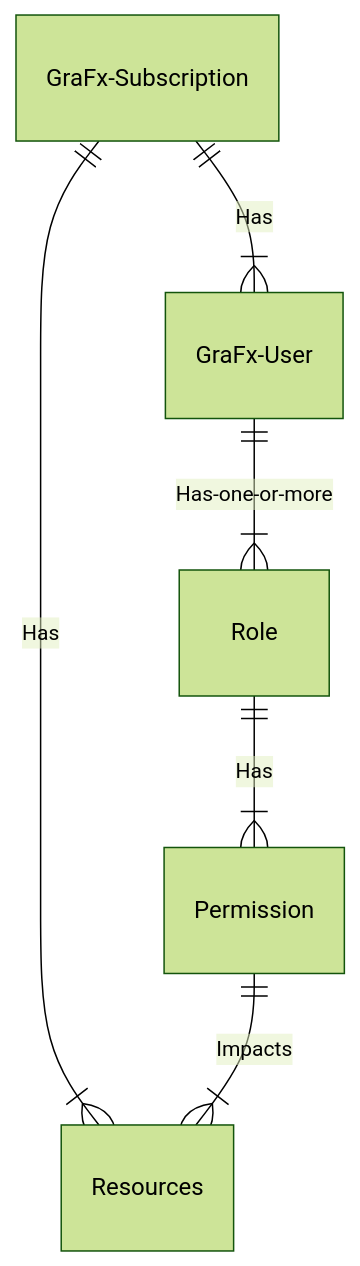
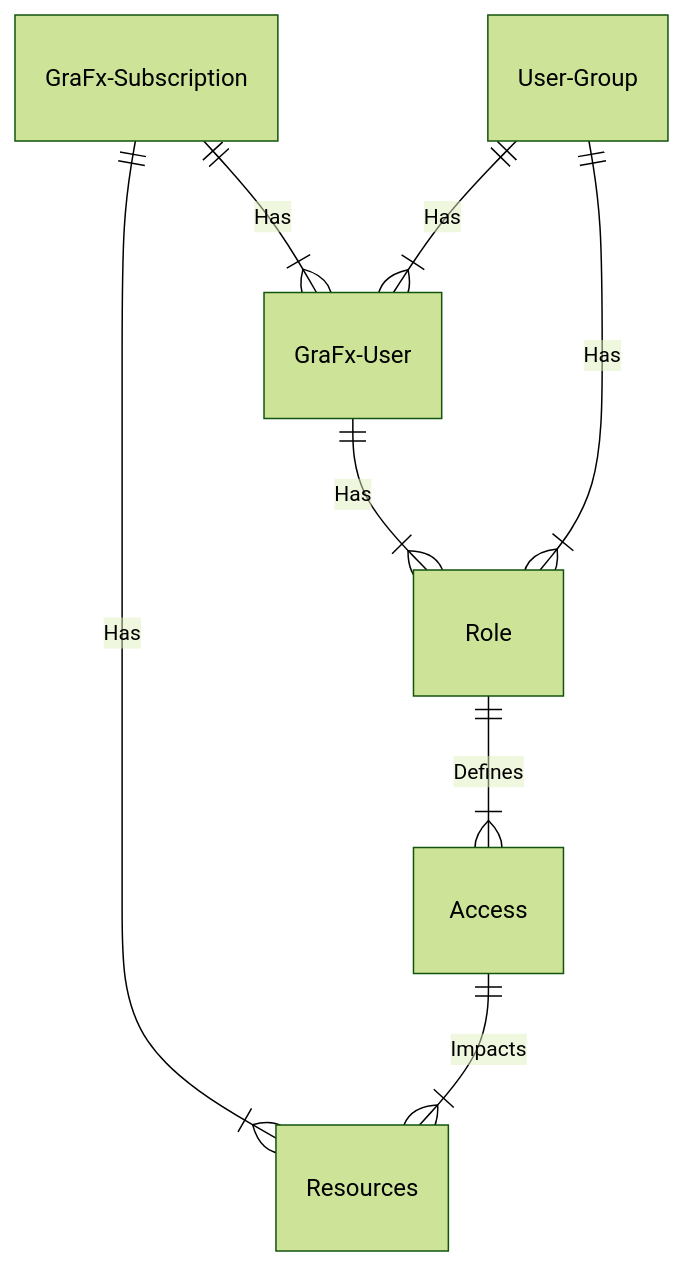
The diagram in docs/CHILI-GraFx/users/intro/index.md (chili-publish/grafx-documentation), drawn with Mermaid (forest theme) before and after one commit. The commit also changed other lines of this file and 2 other files, not shown here.

Commit message:
permissions vs access

````diff
--- a/docs/CHILI-GraFx/users/intro/index.md
+++ b/docs/CHILI-GraFx/users/intro/index.md
@@ -72,8 +72,10 @@
 ``` mermaid
 erDiagram
   GraFx-Subscription ||--|{ Resources : Has
   GraFx-Subscription ||--|{ GraFx-User : Has
-  Permission ||--|{ Resources : Impacts
-  Role ||--|{ Permission : Has
-  GraFx-User ||--|{ Role : Has-one-or-more
+  Access ||--|{ Resources : Impacts
+  Role ||--|{ Access : Defines
+  GraFx-User ||--|{ Role : Has
+  User-Group ||--|{ GraFx-User : Has
+  User-Group ||--|{ Role : Has
 ```
````
